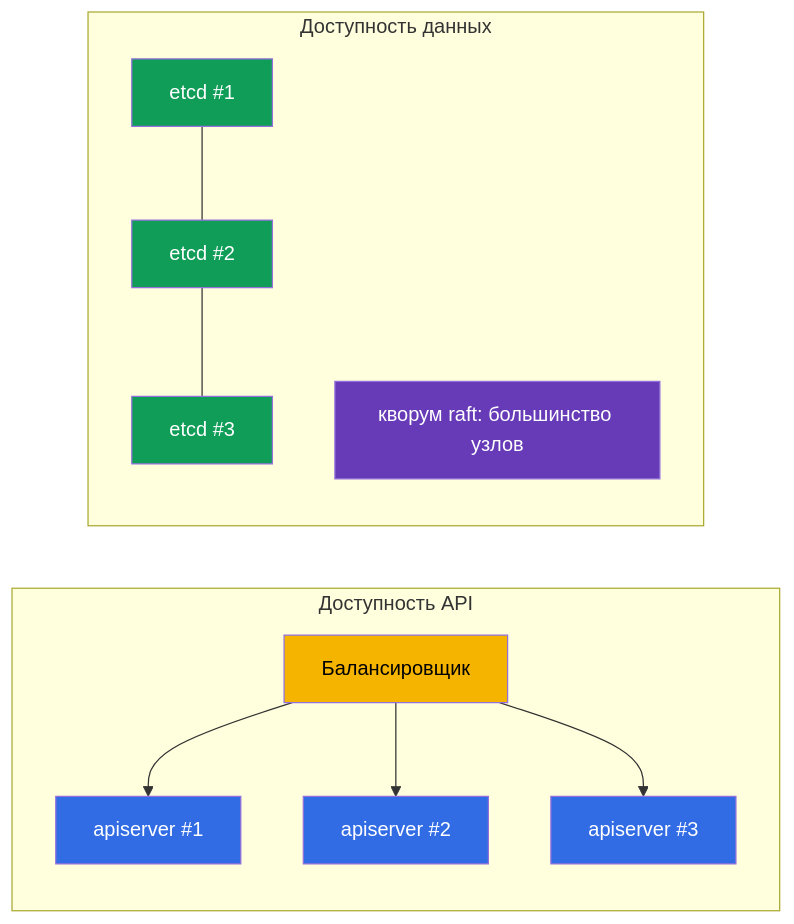
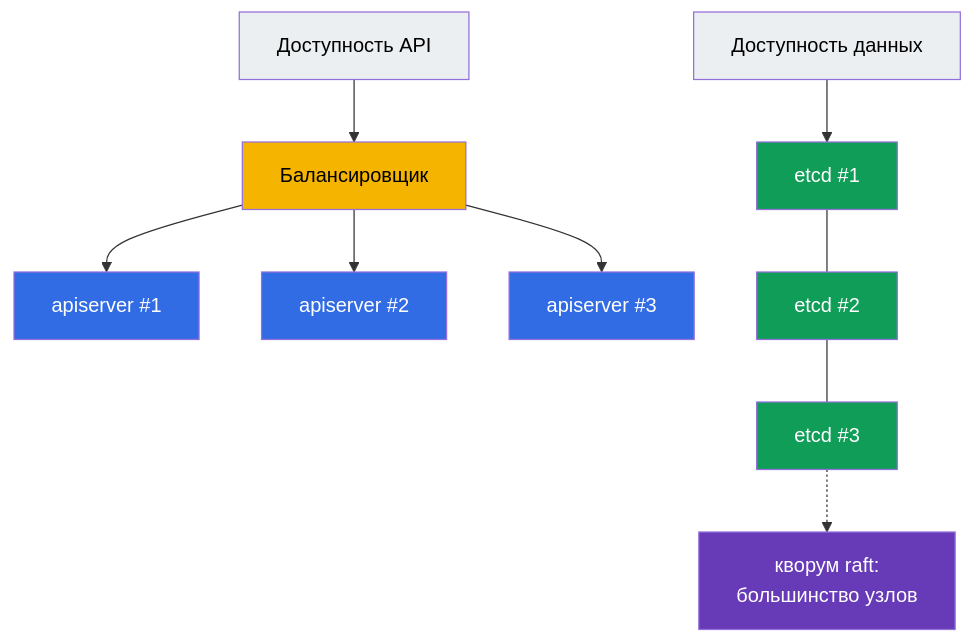
The second of 6 diagrams in tasks/cka/course/35-2-ha/ru.md (ViktorUJ/cks), drawn with Mermaid before and after one commit. The commit also changed other lines of this file and 30 other files, not shown here.

````diff
--- a/tasks/cka/course/35-2-ha/ru.md
+++ b/tasks/cka/course/35-2-ha/ru.md
@@ -39,20 +39,25 @@
 ```mermaid
-flowchart LR
-    subgraph api["Доступность API"]
-        lb["Балансировщик"] --> a1["apiserver #1"]
-        lb --> a2["apiserver #2"]
-        lb --> a3["apiserver #3"]
-    end
-    subgraph data["Доступность данных"]
-        e1["etcd #1"] --- e2["etcd #2"] --- e3["etcd #3"]
-        q["кворум raft: большинство узлов"]
-    end
+flowchart TB
+    api["Доступность API"]
+    api --> lb["Балансировщик"]
+    lb --> a1["apiserver #1"]
+    lb --> a2["apiserver #2"]
+    lb --> a3["apiserver #3"]
+
+    data["Доступность данных"]
+    data --> e1["etcd #1"]
+    e1 --- e2["etcd #2"]
+    e2 --- e3["etcd #3"]
+    e3 -.-> q["кворум raft:<br>большинство узлов"]
+
+    style api fill:#eceff1,color:#000
+    style data fill:#eceff1,color:#000
     style lb fill:#f4b400,color:#000
     style a1 fill:#326ce5,color:#fff
     style a2 fill:#326ce5,color:#fff
     style a3 fill:#326ce5,color:#fff
     style e1 fill:#0f9d58,color:#fff
     style e2 fill:#0f9d58,color:#fff
     style e3 fill:#0f9d58,color:#fff
     style q fill:#673ab7,color:#fff
 ```
````
